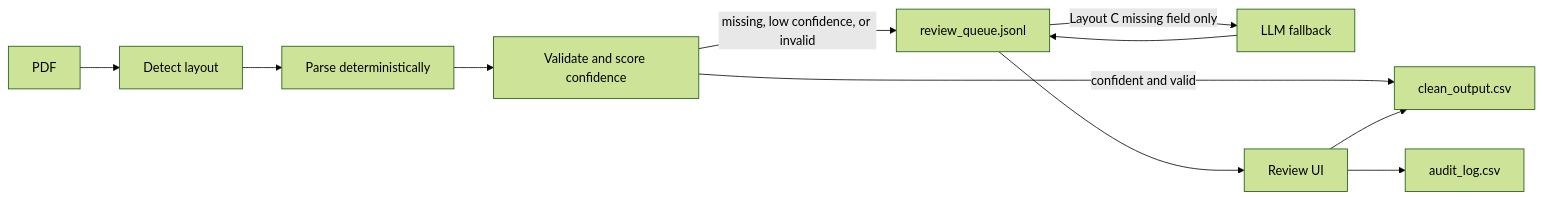
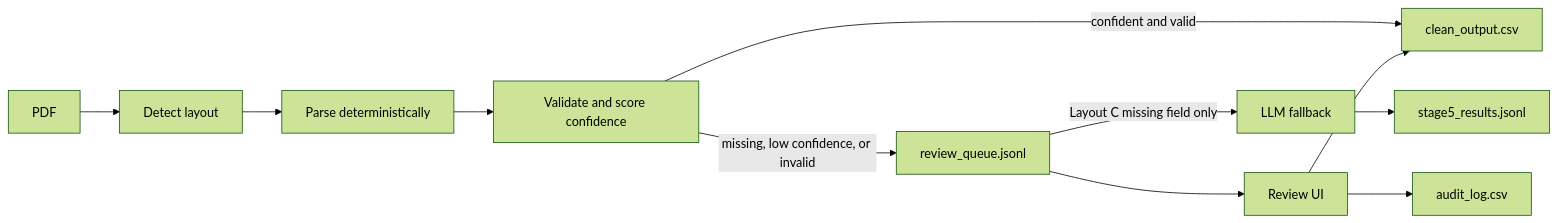
Before and after one commit to twilcox-ops/meridian-project-2-document-extraction: the diagram in README.md, drawn with Mermaid (forest theme).

Commit message:
Correct Stage 5 architecture diagram

````diff
--- a/README.md
+++ b/README.md
@@ -13,13 +13,13 @@
 ```mermaid
 flowchart LR
     A[PDF] --> B[Detect layout]
     B --> C[Parse deterministically]
     C --> D[Validate and score confidence]
     D -->|confident and valid| E[clean_output.csv]
     D -->|missing, low confidence, or invalid| F[review_queue.jsonl]
     F -->|Layout C missing field only| G[LLM fallback]
-    G --> F
+    G --> J[stage5_results.jsonl]
     F --> H[Review UI]
     H --> E
     H --> I[audit_log.csv]
 ```
````
